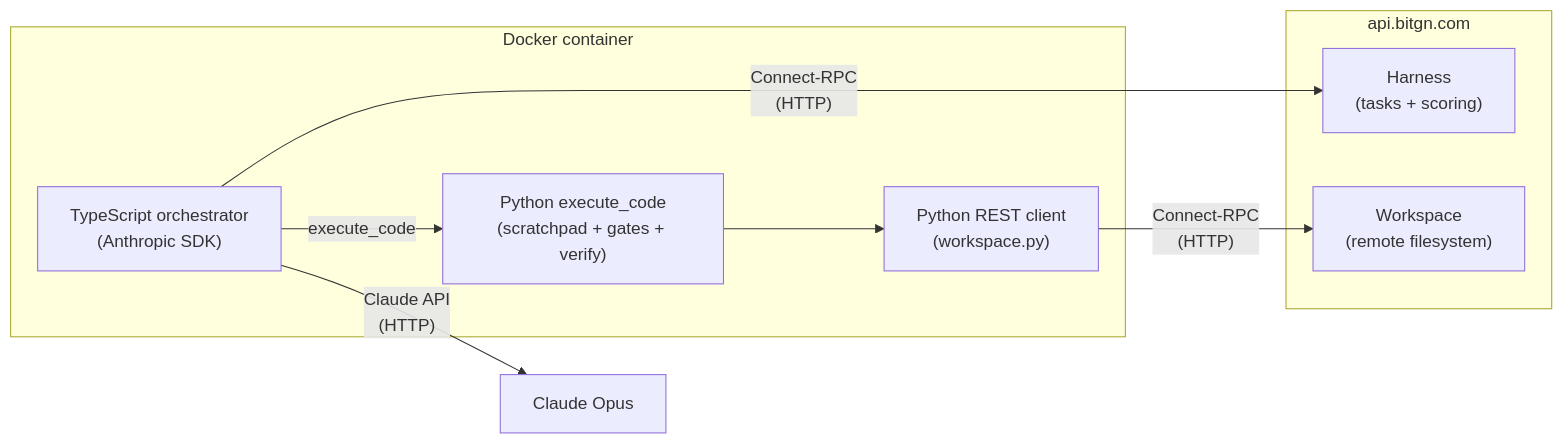
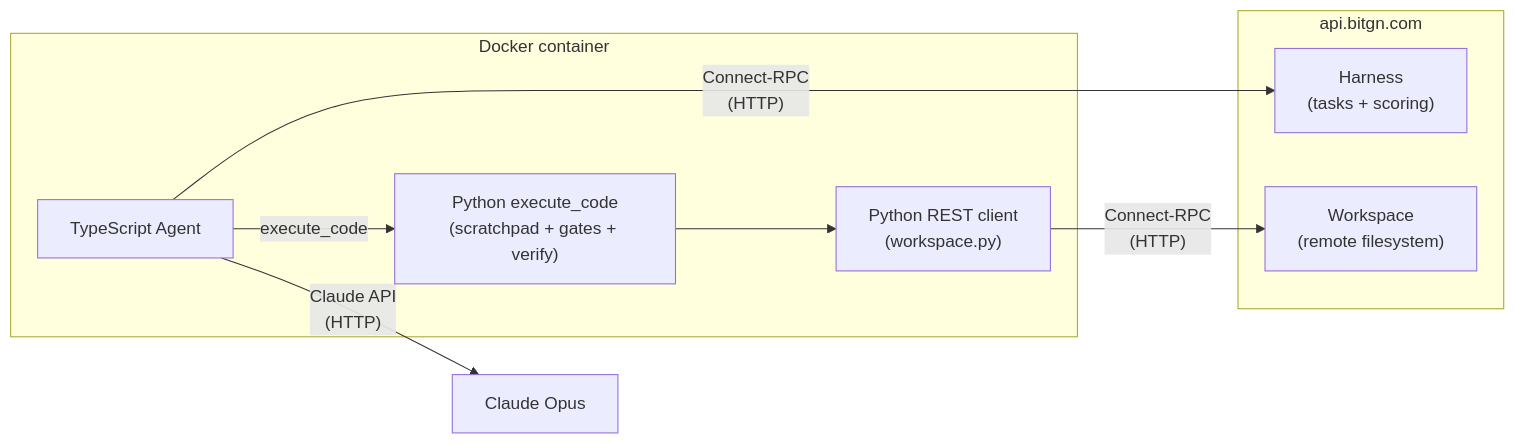
The diagram in README.md (idzivinskyi/bitgn-trustworthy-agent), drawn with Mermaid before and after one commit.

Commit message:
Simplify diagram label for TypeScript orchestrator

````diff
--- a/README.md
+++ b/README.md
@@ -57,20 +57,20 @@
 ```mermaid
 flowchart LR
     subgraph Docker["Docker container"]
-        TS["TypeScript orchestrator\n(Anthropic SDK)"]
+        TS["TypeScript Agent"]
         PY["Python execute_code\n(scratchpad + gates + verify)"]
         WS["Python REST client\n(workspace.py)"]
 
         TS -- "execute_code" --> PY
         PY --> WS
     end
 
     subgraph BitGN["api.bitgn.com"]
         Harness["Harness\n(tasks + scoring)"]
         Workspace["Workspace\n(remote filesystem)"]
     end
 
     TS -- "Claude API\n(HTTP)" --> Claude["Claude Opus"]
     WS -- "Connect-RPC\n(HTTP)" --> Workspace
     TS -- "Connect-RPC\n(HTTP)" --> Harness
 ```
````
